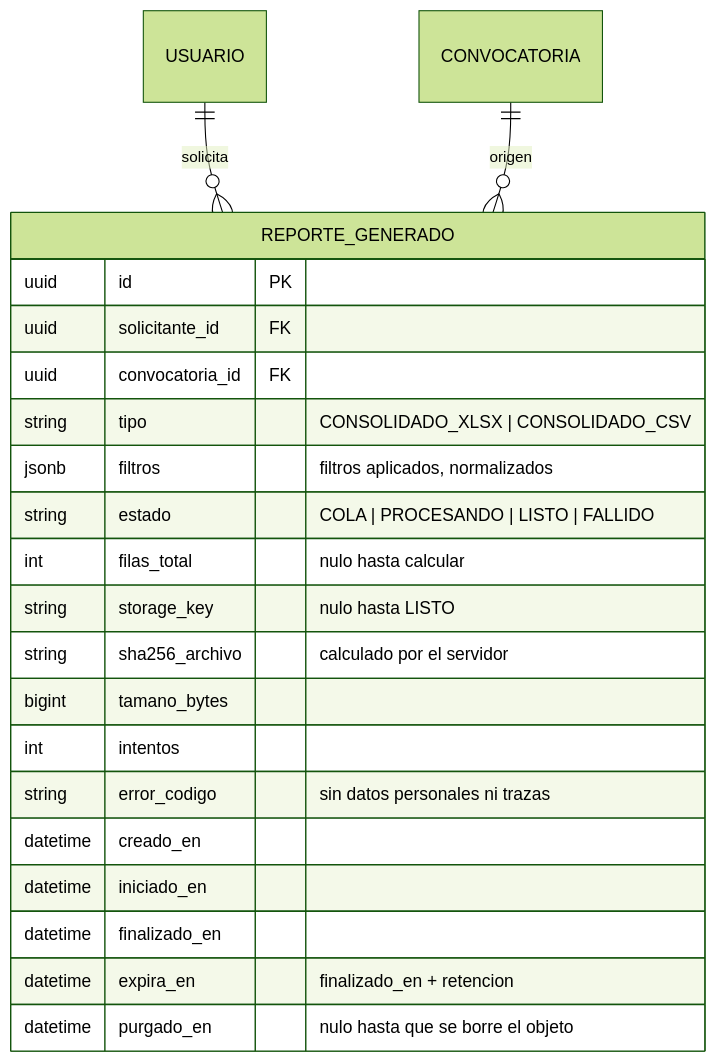
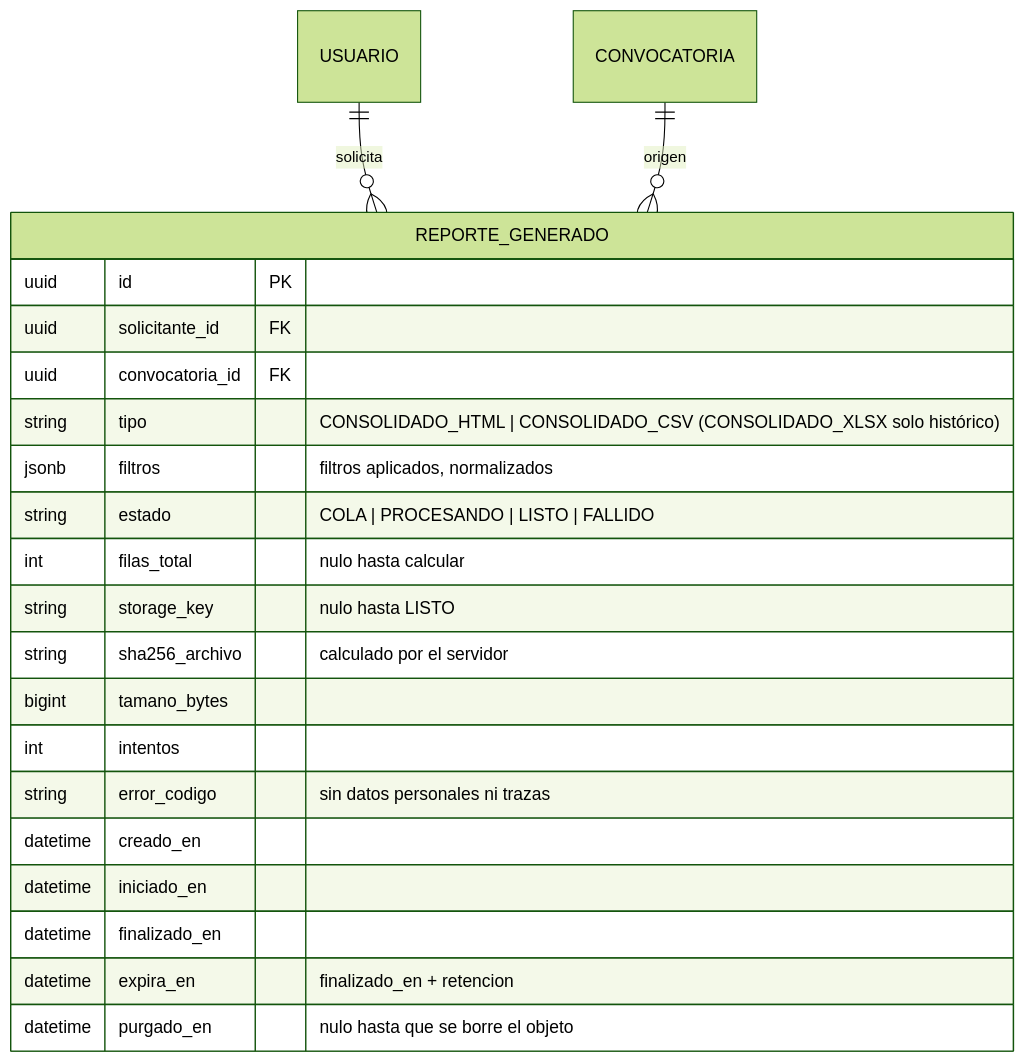
One commit to foestgoti-cpu/Foest-Goti changed the first of 2 diagrams in docs/modules/export_reports.md. Above: the diagram before and after it, drawn with Mermaid (forest theme). The commit also changed other lines of this file and 39 other files, not shown here.

````diff
--- a/docs/modules/export_reports.md
+++ b/docs/modules/export_reports.md
@@ -55,25 +55,25 @@
 ```mermaid
 erDiagram
     USUARIO ||--o{ REPORTE_GENERADO : "solicita"
     CONVOCATORIA ||--o{ REPORTE_GENERADO : "origen"
 
     REPORTE_GENERADO {
         uuid id PK
         uuid solicitante_id FK
         uuid convocatoria_id FK
-        string tipo "CONSOLIDADO_XLSX | CONSOLIDADO_CSV"
+        string tipo "CONSOLIDADO_HTML | CONSOLIDADO_CSV (CONSOLIDADO_XLSX solo histórico)"
         jsonb filtros "filtros aplicados, normalizados"
         string estado "COLA | PROCESANDO | LISTO | FALLIDO"
         int filas_total "nulo hasta calcular"
         string storage_key "nulo hasta LISTO"
         string sha256_archivo "calculado por el servidor"
         bigint tamano_bytes
         int intentos
         string error_codigo "sin datos personales ni trazas"
         datetime creado_en
         datetime iniciado_en
         datetime finalizado_en
         datetime expira_en "finalizado_en + retencion"
         datetime purgado_en "nulo hasta que se borre el objeto"
     }
 ```
````
